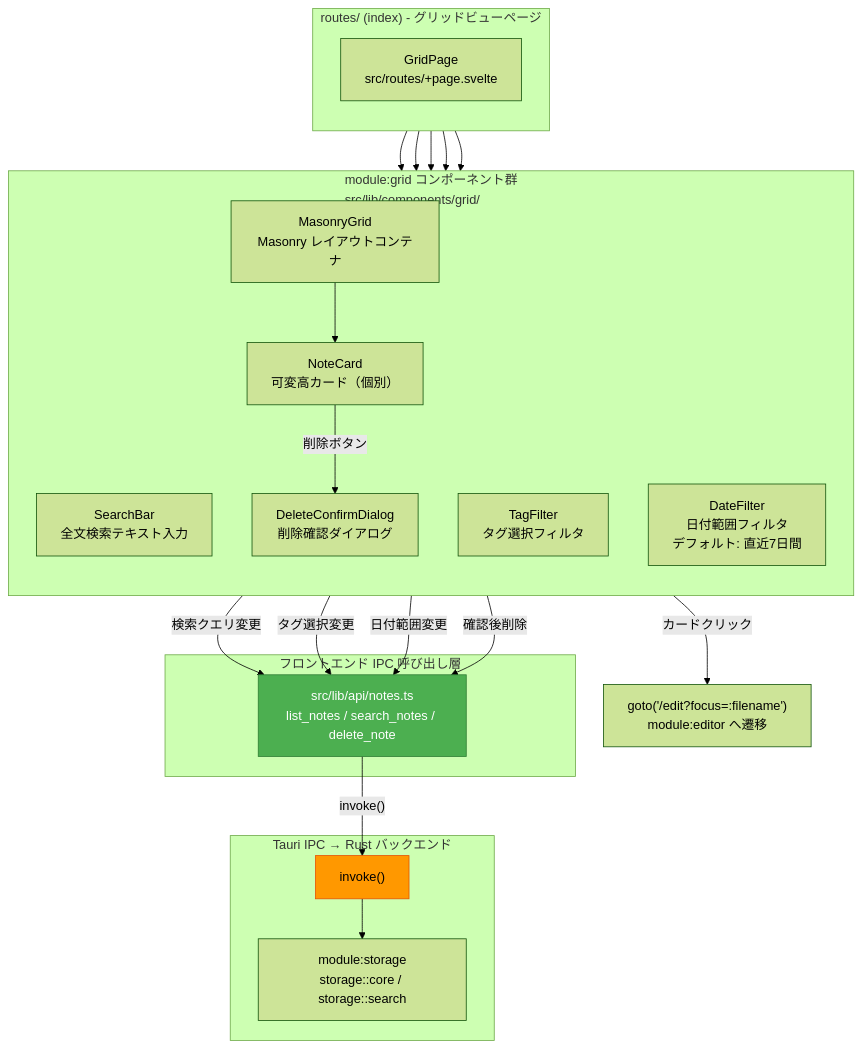
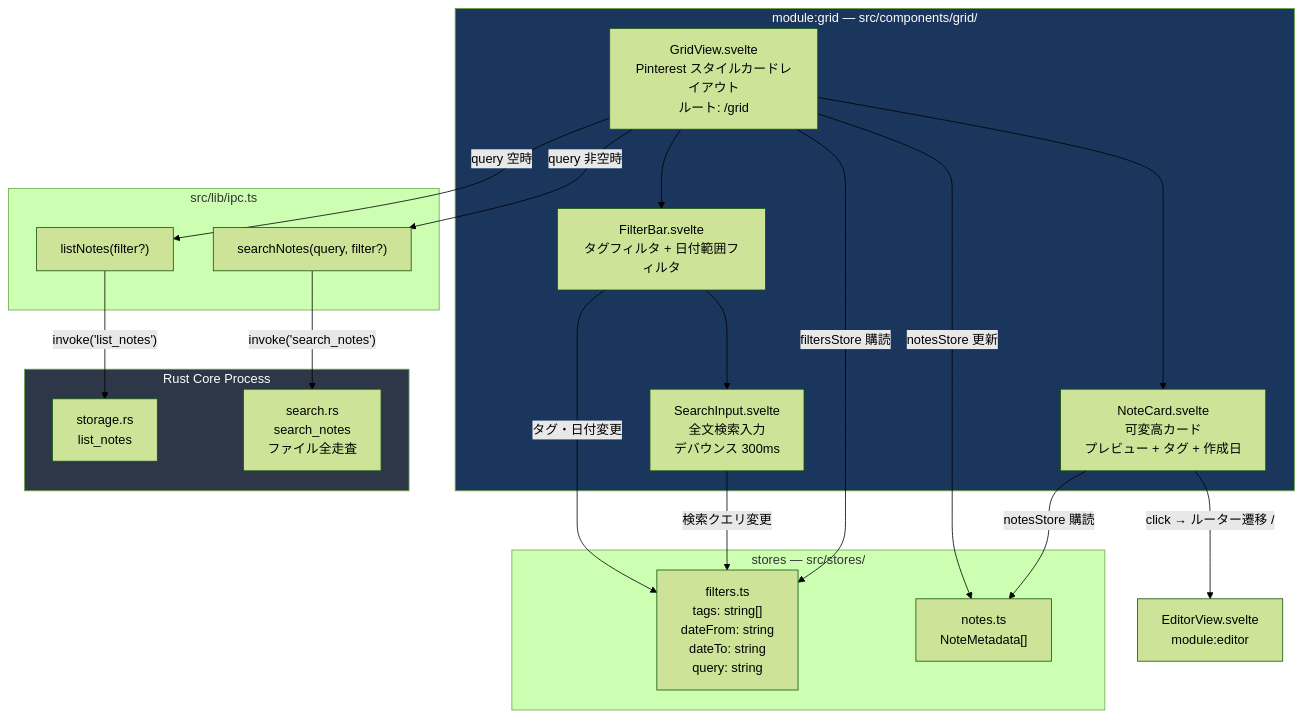
Before and after one commit to dev-komenzar/prompt-notes: the first of 3 diagrams in docs/detailed_design/grid_search_design.md, drawn with Mermaid (forest theme). The commit also changed other lines of this file and 7 other files, not shown here.

````diff
--- a/docs/detailed_design/grid_search_design.md
+++ b/docs/detailed_design/grid_search_design.md
@@ -63,47 +67,43 @@
 ```mermaid
-graph TB
-    subgraph "routes/ (index) - グリッドビューページ"
-        direction TB
-        GridPage["GridPage<br/>src/routes/+page.svelte"]
+graph TD
+    subgraph GridModule["module:grid — src/components/grid/"]
+        GridView["GridView.svelte<br/>Pinterest スタイルカードレイアウト<br/>ルート: /grid"]
+        FilterBar["FilterBar.svelte<br/>タグフィルタ + 日付範囲フィルタ"]
+        SearchInput["SearchInput.svelte<br/>全文検索入力<br/>デバウンス 300ms"]
+        NoteCard["NoteCard.svelte<br/>可変高カード<br/>プレビュー + タグ + 作成日"]
+
+        GridView --> FilterBar
+        FilterBar --> SearchInput
+        GridView --> NoteCard
     end
 
-    subgraph "module:grid コンポーネント群<br/>src/lib/components/grid/"
-        direction TB
-        SearchBar["SearchBar<br/>全文検索テキスト入力"]
-        TagFilter["TagFilter<br/>タグ選択フィルタ"]
-        DateFilter["DateFilter<br/>日付範囲フィルタ<br/>デフォルト: 直近7日間"]
-        MasonryGrid["MasonryGrid<br/>Masonry レイアウトコンテナ"]
-        NoteCard["NoteCard<br/>可変高カード（個別）"]
-        DeleteConfirm["DeleteConfirmDialog<br/>削除確認ダイアログ"]
+    subgraph Stores["stores — src/stores/"]
+        filtersStore["filters.ts<br/>tags: string[]<br/>dateFrom: string<br/>dateTo: string<br/>query: string"]
+        notesStore["notes.ts<br/>NoteMetadata[]"]
     end
 
-    subgraph "フロントエンド IPC 呼び出し層"
-        NotesAPI["src/lib/api/notes.ts<br/>list_notes / search_notes / delete_note"]
+    subgraph IPC["src/lib/ipc.ts"]
+        listNotes["listNotes(filter?)"]
+        searchNotes["searchNotes(query, filter?)"]
     end
 
-    subgraph "Tauri IPC → Rust バックエンド"
-        Invoke["invoke()"]
-        Storage["module:storage<br/>storage::core / storage::search"]
+    subgraph RustBackend["Rust Core Process"]
+        storageModule["storage.rs<br/>list_notes"]
+        searchModule["search.rs<br/>search_notes<br/>ファイル全走査"]
     end
 
-    GridPage --> SearchBar
-    GridPage --> TagFilter
-    GridPage --> DateFilter
-    GridPage --> MasonryGrid
-    GridPage --> DeleteConfirm
-    MasonryGrid --> NoteCard
+    FilterBar -->|"タグ・日付変更"| filtersStore
+    SearchInput -->|"検索クエリ変更"| filtersStore
+    GridView -->|"filtersStore 購読"| filtersStore
+    GridView -->|"notesStore 更新"| notesStore
+    NoteCard -->|"notesStore 購読"| notesStore
+    GridView -->|"query 空時"| listNotes
+    GridView -->|"query 非空時"| searchNotes
+    listNotes -->|"invoke('list_notes')"| storageModule
+    searchNotes -->|"invoke('search_notes')"| searchModule
 
-    SearchBar -->|"検索クエリ変更"| NotesAPI
-    TagFilter -->|"タグ選択変更"| NotesAPI
-    DateFilter -->|"日付範囲変更"| NotesAPI
-    NoteCard -->|"削除ボタン"| DeleteConfirm
-    DeleteConfirm -->|"確認後削除"| NotesAPI
+    NoteCard -->|"click → ルーター遷移 /"| EditorView["EditorView.svelte<br/>module:editor"]
 
-    NotesAPI -->|"invoke()"| Invoke
-    Invoke --> Storage
-
-    NoteCard -->|"カードクリック"| RouterNav["goto('/edit?focus=:filename')<br/>module:editor へ遷移"]
-
-    style NotesAPI fill:#4caf50,stroke:#2e7d32,color:#fff
-    style Invoke fill:#ff9800,stroke:#e65100,color:#000
+    style GridModule fill:#1a365d,color:#fff
+    style RustBackend fill:#2d3748,color:#fff
 ```
````
